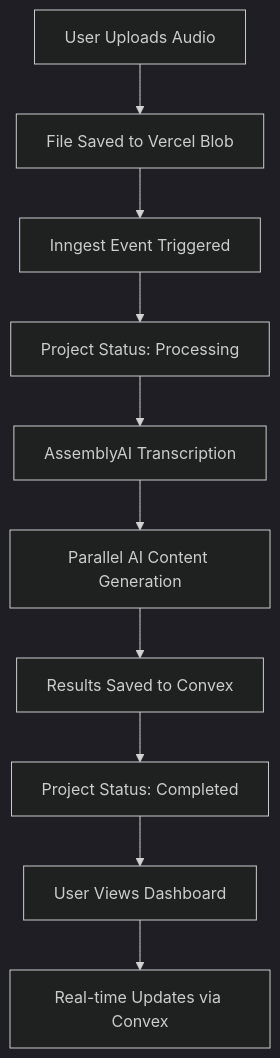
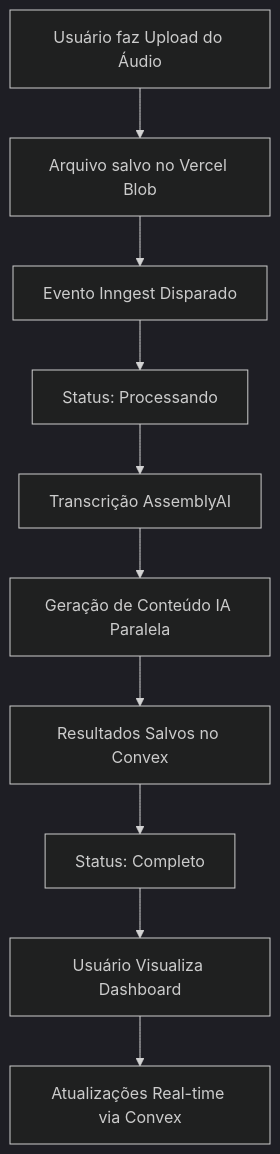
One commit to cienciadosdados/podcast changed the first of 3 diagrams in README.md. Above: the diagram before and after it, drawn with Mermaid (dark theme). The commit also changed other lines of this file, not shown here.

````diff
--- a/README.md
+++ b/README.md
@@ -173,12 +147,12 @@
 ```mermaid
 flowchart TD
-    A[User Uploads Audio] --> B[File Saved to Vercel Blob]
-    B --> C[Inngest Event Triggered]
-    C --> D[Project Status: Processing]
-    D --> E[AssemblyAI Transcription]
-    E --> F[Parallel AI Content Generation]
-    F --> G[Results Saved to Convex]
-    G --> H[Project Status: Completed]
-    H --> I[User Views Dashboard]
-    I --> J[Real-time Updates via Convex]
+    A[Usuário faz Upload do Áudio] --> B[Arquivo salvo no Vercel Blob]
+    B --> C[Evento Inngest Disparado]
+    C --> D[Status: Processando]
+    D --> E[Transcrição AssemblyAI]
+    E --> F[Geração de Conteúdo IA Paralela]
+    F --> G[Resultados Salvos no Convex]
+    G --> H[Status: Completo]
+    H --> I[Usuário Visualiza Dashboard]
+    I --> J[Atualizações Real-time via Convex]
 ```
````
